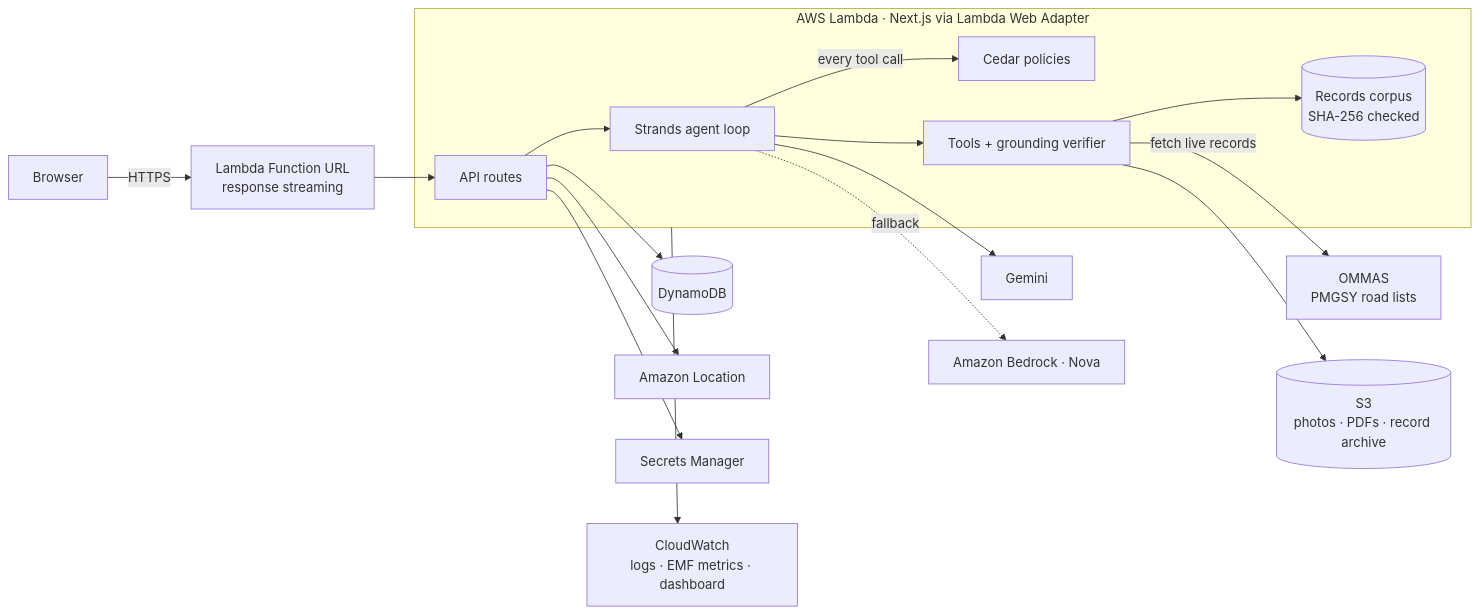
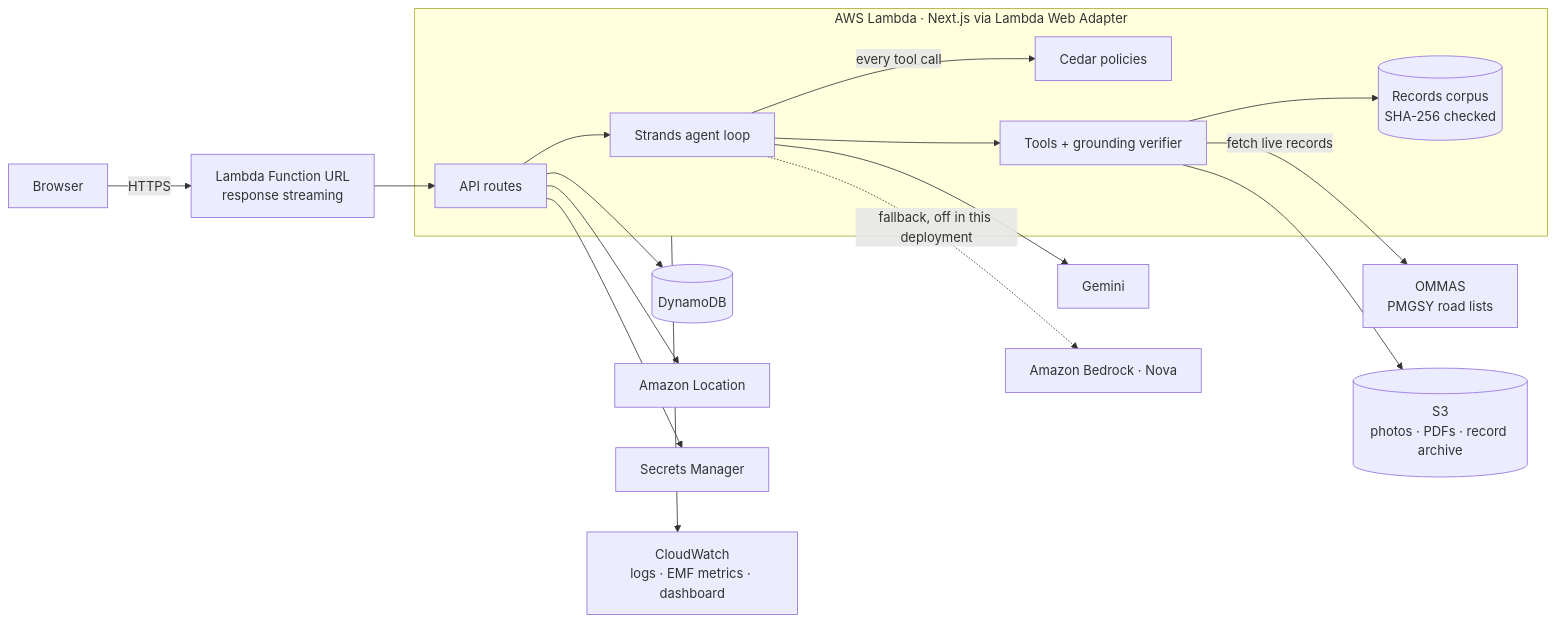
The diagram in README.md (SiddhanthKapoor/civicproof), drawn with Mermaid before and after one commit. The commit also changed other lines of this file and 3 other files, not shown here.

Commit message:
Docs match the deployment a judge will open: live URL in the README, Bedrock and Textract marked implemented-but-disabled, seven demo reports, correct routes and planner

````diff
--- a/README.md
+++ b/README.md
@@ -111,19 +113,19 @@
 ```mermaid
 flowchart LR
   B[Browser] -- HTTPS --> U[Lambda Function URL<br/>response streaming]
   subgraph L[AWS Lambda · Next.js via Lambda Web Adapter]
     API[API routes] --> AG[Strands agent loop]
     AG -- every tool call --> CE[Cedar policies]
     AG --> T[Tools + grounding verifier]
     T --> C[(Records corpus<br/>SHA-256 checked)]
   end
   U --> API
   AG --> GM[Gemini]
-  AG -. fallback .-> BR[Amazon Bedrock · Nova]
+  AG -. fallback, off in this deployment .-> BR[Amazon Bedrock · Nova]
   T -- fetch live records --> P[OMMAS<br/>PMGSY road lists]
   T --> S3[(S3<br/>photos · PDFs · record archive)]
   API --> DDB[(DynamoDB)]
   API --> LOC[Amazon Location]
   API --> SM[Secrets Manager]
   L --> CW[CloudWatch<br/>logs · EMF metrics · dashboard]
 ```
````
